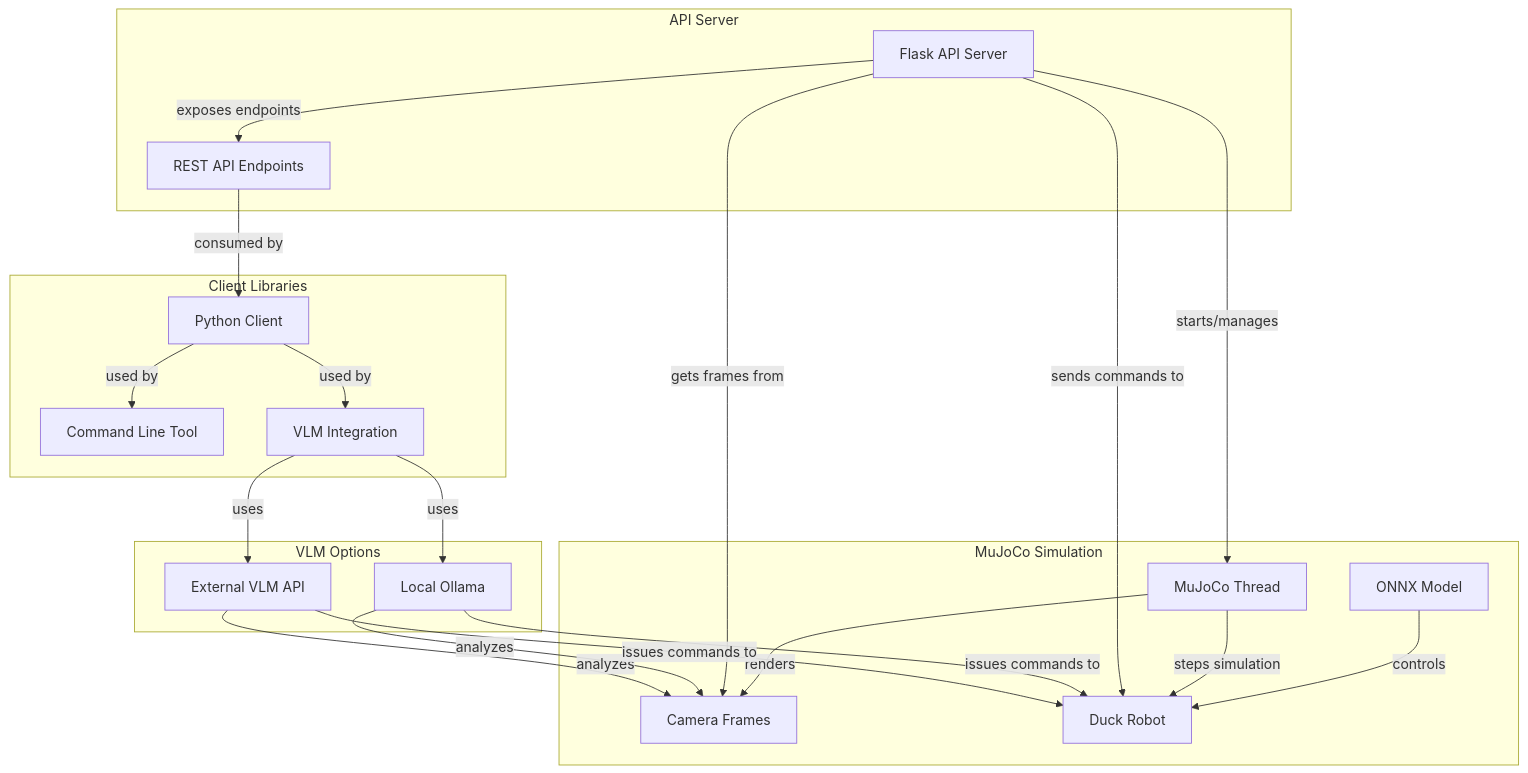
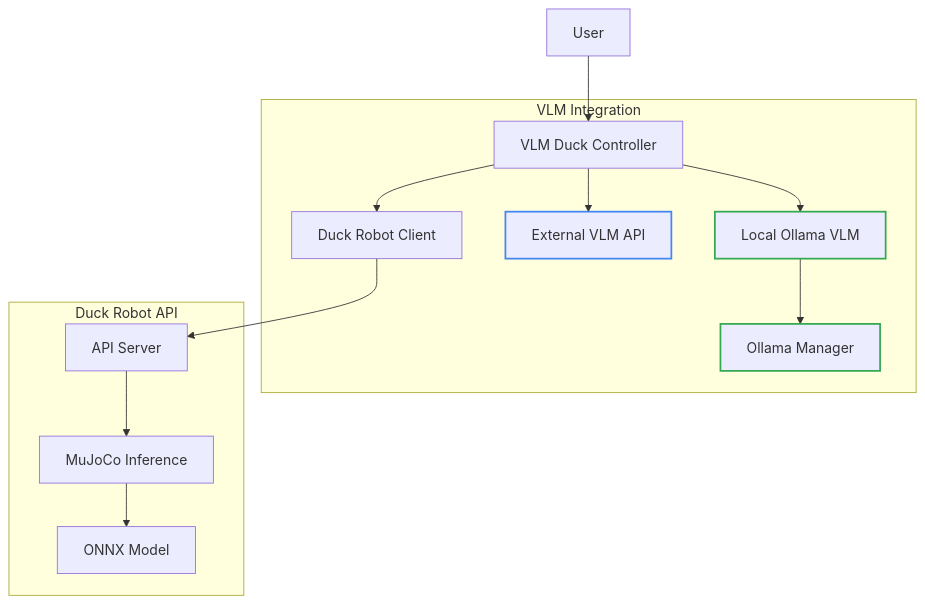
Before and after one commit to Aronnaxx/d00t: the first of 3 diagrams in README.md, drawn with Mermaid. The commit also changed other lines of this file and 3 other files, not shown here.

````diff
--- a/README.md
+++ b/README.md
@@ -7,37 +14,19 @@
 ```mermaid
 graph TD
-    subgraph "MuJoCo Simulation"
-        M[MuJoCo Thread] -- renders --> CF[Camera Frames]
-        ONNX[ONNX Model] -- controls --> Robot[Duck Robot]
-        M -- steps simulation --> Robot
+    subgraph "VLM Integration"
+        A[VLM Duck Controller] --> B[Duck Robot Client]
+        A --> C1[External VLM API]
+        A --> C2[Local Ollama VLM]
+        C2 --> D[Ollama Manager]
     end
+    subgraph "Duck Robot API"
+        B --> E[API Server]
+        E --> F[MuJoCo Inference]
+        F --> G[ONNX Model]
+    end
+    H[User] --> A
     
-    subgraph "API Server"
-        Flask[Flask API Server] -- starts/manages --> M
-        Flask -- gets frames from --> CF
-        Flask -- sends commands to --> Robot
-        Flask -- exposes endpoints --> API[REST API Endpoints]
-    end
-    
-    subgraph "Client Libraries"
-        PythonClient[Python Client]
-        CLITool[Command Line Tool]
-        VLMIntegration[VLM Integration]
-    end
-    
-    API -- consumed by --> PythonClient
-    PythonClient -- used by --> CLITool
-    PythonClient -- used by --> VLMIntegration
-    
-    subgraph "VLM Options"
-        OllamaVLM[Local Ollama]
-        ExternalVLM[External VLM API]
-    end
-    
-    VLMIntegration -- uses --> OllamaVLM
-    VLMIntegration -- uses --> ExternalVLM
-    OllamaVLM -- analyzes --> CF
-    ExternalVLM -- analyzes --> CF
-    OllamaVLM -- issues commands to --> Robot
-    ExternalVLM -- issues commands to --> Robot
+    style C1 stroke:#4285F4,stroke-width:2px
+    style C2 stroke:#34A853,stroke-width:2px
+    style D stroke:#34A853,stroke-width:2px
 ```
````
